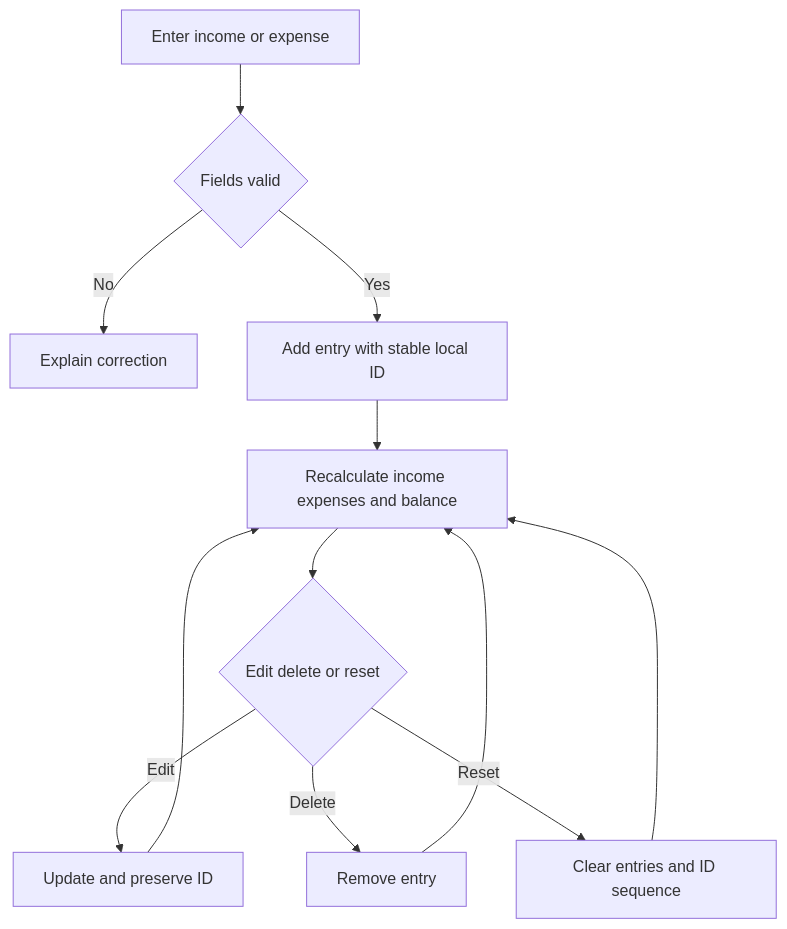
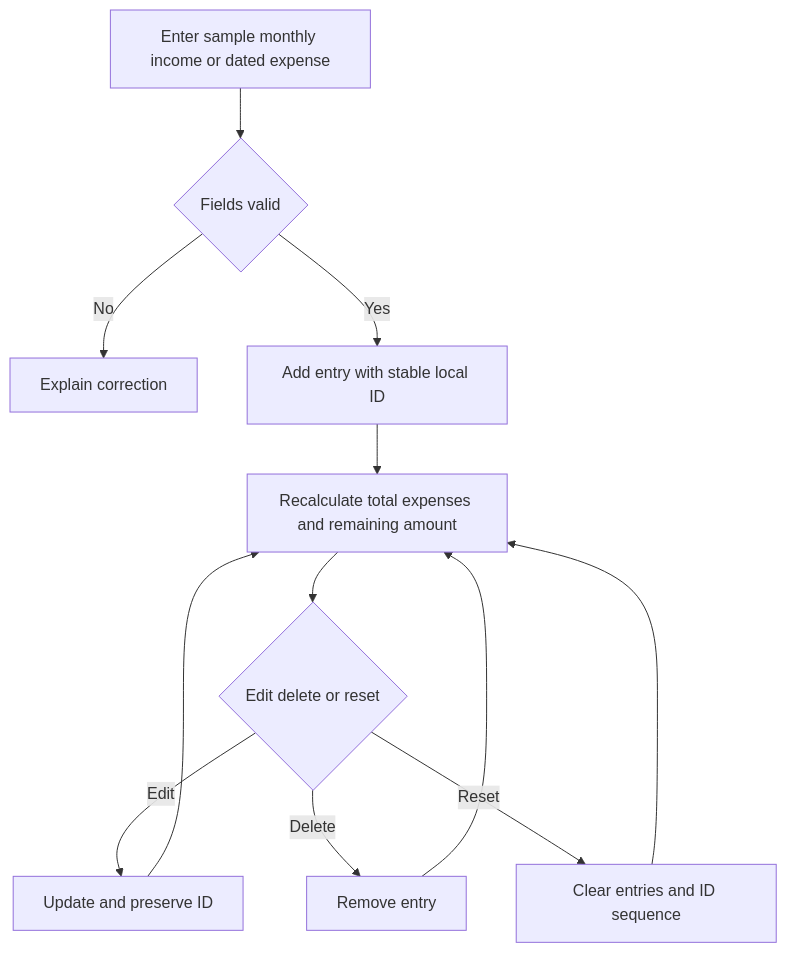
The fifth of 5 diagrams in documentation/PROJECT_REPORT.md (nakanakaii/budget-basics), drawn with Mermaid before and after one commit. The commit also changed 5 other files, not shown here.

````diff
--- a/documentation/PROJECT_REPORT.md
+++ b/documentation/PROJECT_REPORT.md
@@ -106,14 +106,14 @@
 ```mermaid
 flowchart TD
-    A[Enter income or expense] --> B{Fields valid}
+    A[Enter sample monthly income or dated expense] --> B{Fields valid}
     B -- No --> C[Explain correction]
     B -- Yes --> D[Add entry with stable local ID]
-    D --> E[Recalculate income expenses and balance]
+    D --> E[Recalculate total expenses and remaining amount]
     E --> F{Edit delete or reset}
     F -- Edit --> G[Update and preserve ID]
     F -- Delete --> H[Remove entry]
     F -- Reset --> I[Clear entries and ID sequence]
     G --> E
     H --> E
     I --> E
 ```
````
